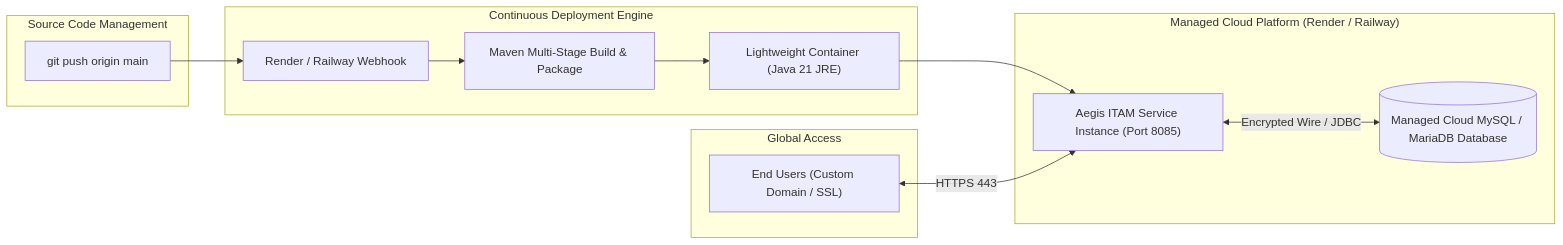
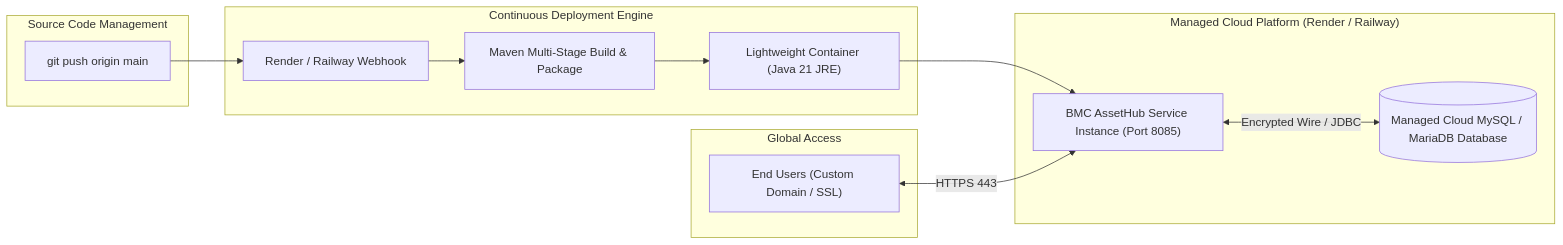
One commit to dhirajShinde11/it-asset-management changed the seventh of 7 diagrams in SYSTEM_DESIGN.md. Above: the diagram before and after it, drawn with Mermaid. The commit also changed other lines of this file and 17 other files, not shown here.

Commit message:
feat: rebrand system from Aegis to BMC AssetHub across UI, backend, launchers, and documentation

````diff
--- a/SYSTEM_DESIGN.md
+++ b/SYSTEM_DESIGN.md
@@ -327,28 +327,28 @@
 ```mermaid
 graph LR
     subgraph GitHub_Repo ["Source Code Management"]
         GitPush["git push origin main"]
     end
 
     subgraph CI_CD ["Continuous Deployment Engine"]
         BuildTrigger["Render / Railway Webhook"]
         MavenBuild["Maven Multi-Stage Build & Package"]
         ContainerGen["Lightweight Container (Java 21 JRE)"]
     end
 
     subgraph Cloud_Hosting ["Managed Cloud Platform (Render / Railway)"]
-        AppInstance["Aegis ITAM Service Instance (Port 8085)"]
+        AppInstance["BMC AssetHub Service Instance (Port 8085)"]
         ManagedDB[("Managed Cloud MySQL / MariaDB Database")]
     end
 
     subgraph Users ["Global Access"]
         PublicUsers["End Users (Custom Domain / SSL)"]
     end
 
     GitPush --> BuildTrigger
     BuildTrigger --> MavenBuild
     MavenBuild --> ContainerGen
     ContainerGen --> AppInstance
     AppInstance <-->|Encrypted Wire / JDBC| ManagedDB
     PublicUsers <-->|HTTPS 443| AppInstance
 ```
````
